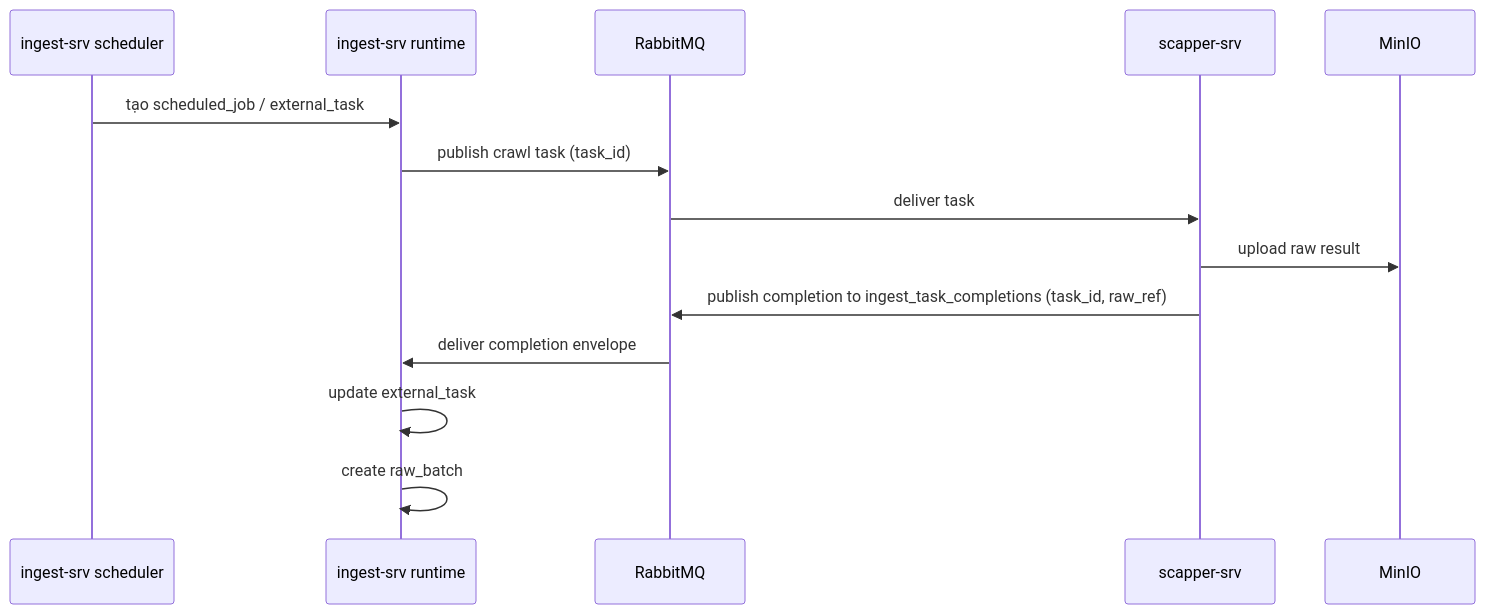
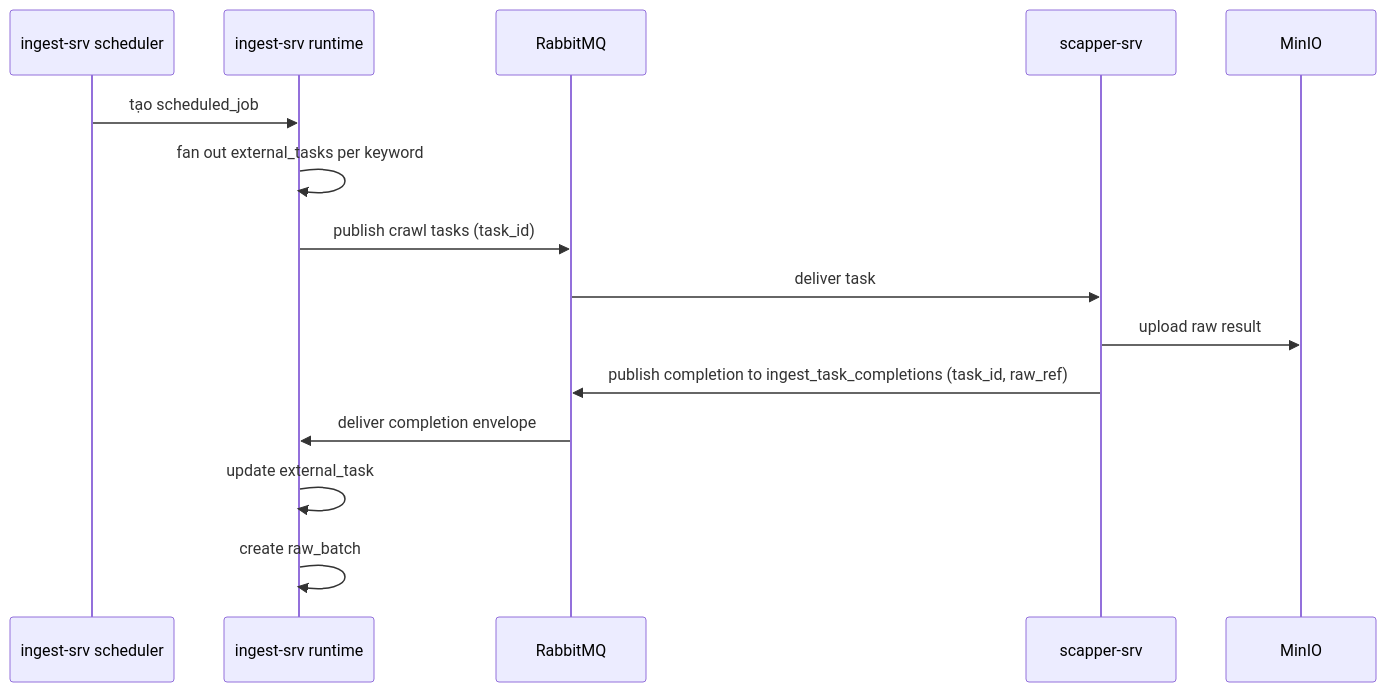
One commit to smap-hcmut/ingest-srv changed the second of 10 diagrams in README.md. Above: the diagram before and after it, drawn with Mermaid. The commit also changed other lines of this file and 46 other files, not shown here.

````diff
--- a/README.md
+++ b/README.md
@@ -126,17 +126,18 @@
 ```mermaid
 sequenceDiagram
     participant SCH as ingest-srv scheduler
     participant ING as ingest-srv runtime
     participant MQ as RabbitMQ
     participant SCP as scapper-srv
     participant MIN as MinIO
 
-    SCH->>ING: tạo scheduled_job / external_task
-    ING->>MQ: publish crawl task (task_id)
+    SCH->>ING: tạo scheduled_job
+    ING->>ING: fan out external_tasks per keyword
+    ING->>MQ: publish crawl tasks (task_id)
     MQ->>SCP: deliver task
     SCP->>MIN: upload raw result
     SCP->>MQ: publish completion to ingest_task_completions (task_id, raw_ref)
     MQ->>ING: deliver completion envelope
     ING->>ING: update external_task
     ING->>ING: create raw_batch
 ```
````
